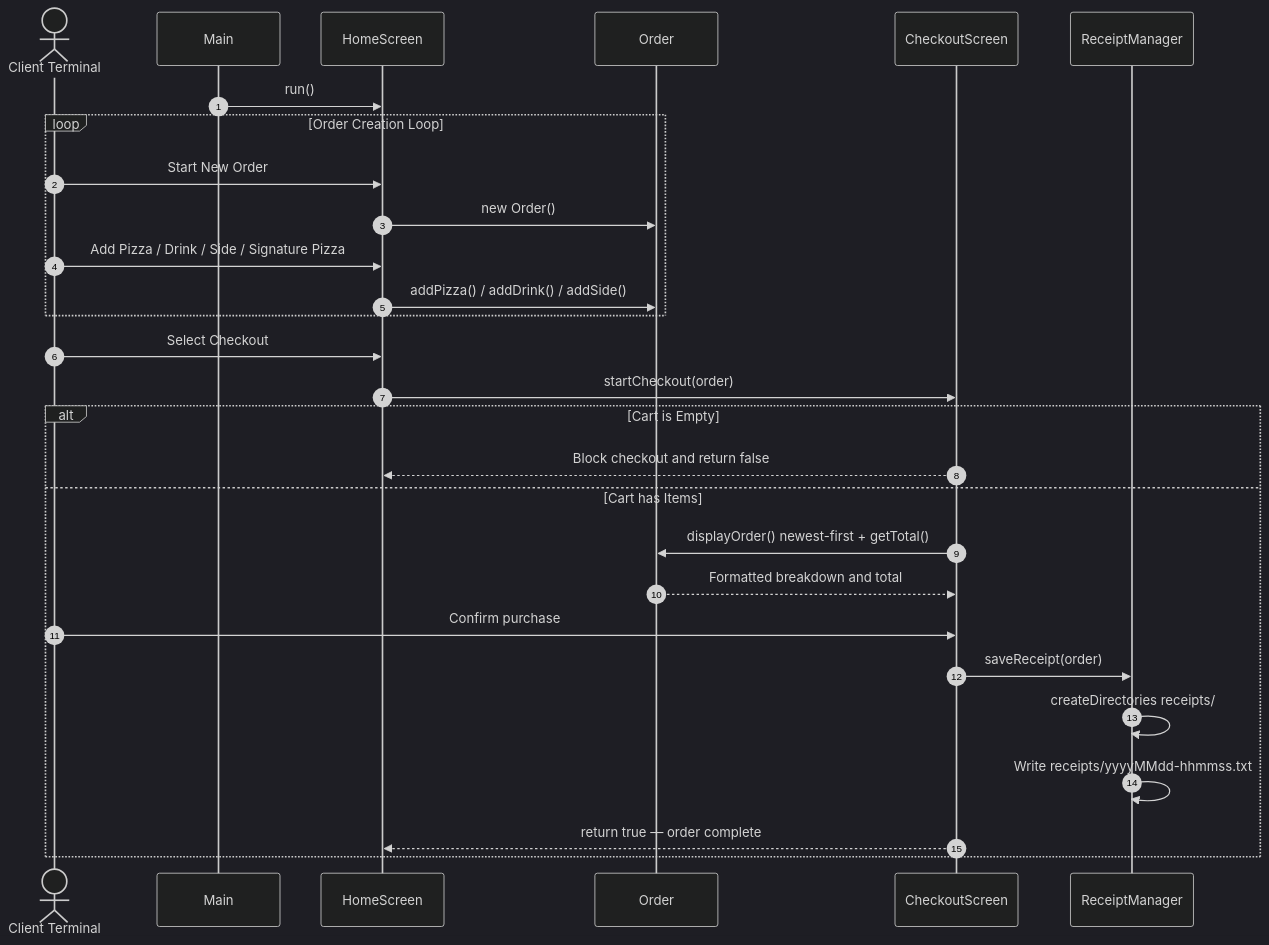
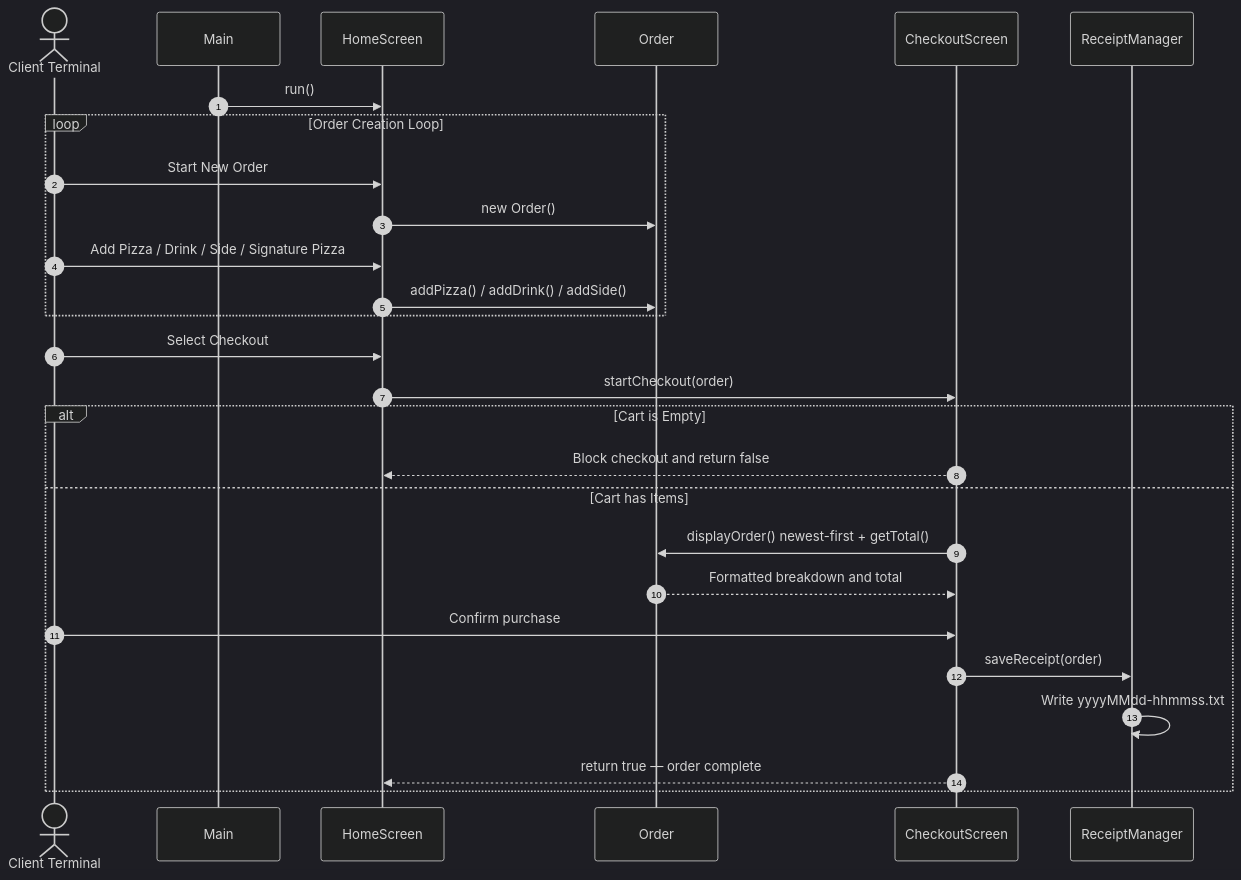
Before and after one commit to Deeniealamin1/pizza-shop: the diagram in README.md, drawn with Mermaid (dark theme). The commit also changed other lines of this file, not shown here.

````diff
--- a/README.md
+++ b/README.md
@@ -71,30 +95,38 @@
 ```mermaid
 sequenceDiagram
     autonumber
     actor User as Client Terminal
     participant M as Main
     participant HS as HomeScreen
     participant O as Order
     participant CS as CheckoutScreen
     participant RM as ReceiptManager
+
     M->>HS: run()
+
     loop Order Creation Loop
         User->>HS: Start New Order
         HS->>O: new Order()
+
         User->>HS: Add Pizza / Drink / Side / Signature Pizza
         HS->>O: addPizza() / addDrink() / addSide()
     end
+
     User->>HS: Select Checkout
     HS->>CS: startCheckout(order)
+
     alt Cart is Empty
         CS-->>HS: Block checkout and return false
+
     else Cart has Items
         CS->>O: displayOrder() newest-first + getTotal()
         O-->>CS: Formatted breakdown and total
+
         User->>CS: Confirm purchase
         CS->>RM: saveReceipt(order)
-        RM->>RM: createDirectories receipts/
-        RM->>RM: Write receipts/yyyyMMdd-hhmmss.txt
+
+        RM->>RM: Write yyyyMMdd-hhmmss.txt
+
         CS-->>HS: return true — order complete
     end
 ```
````
